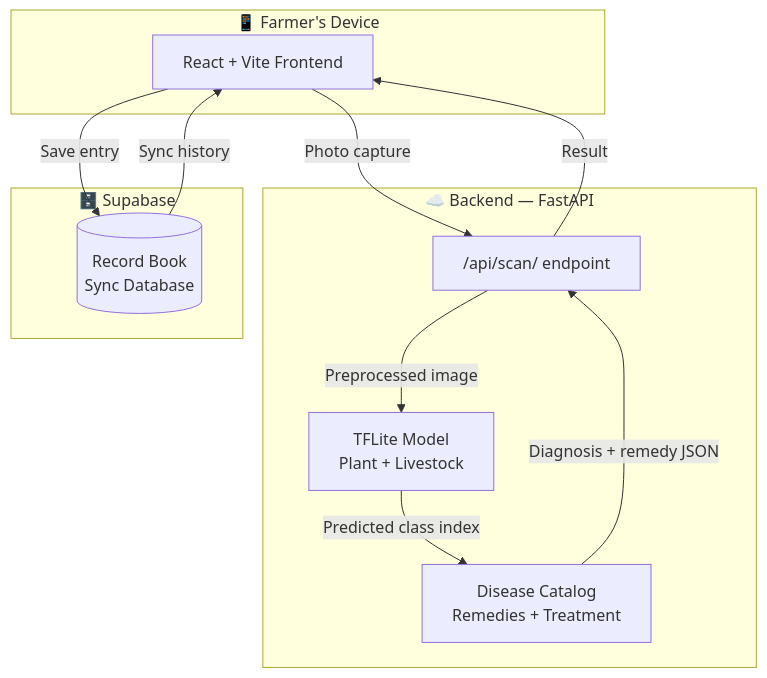
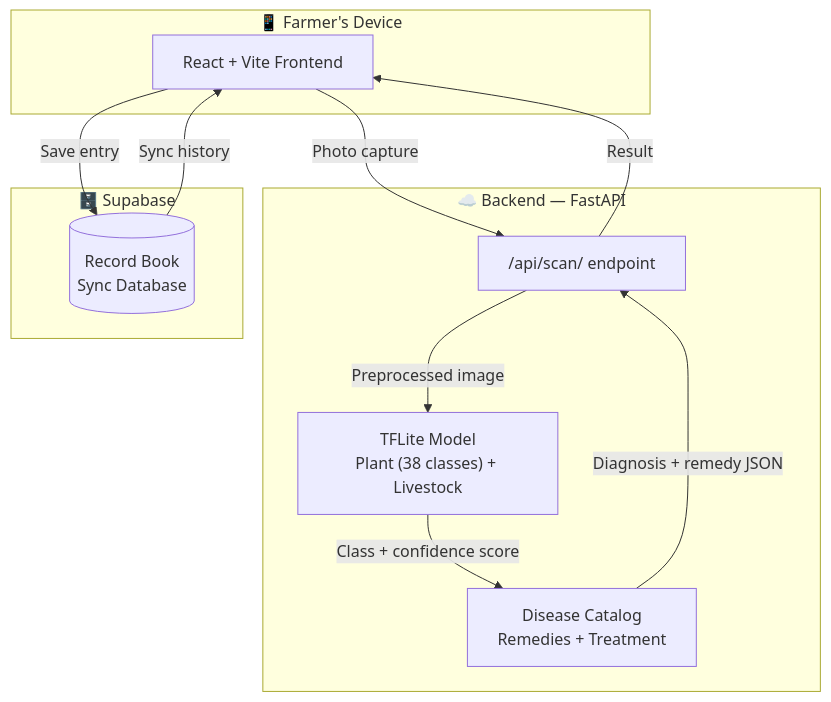
The first of 2 diagrams in README.md (nilkumarbhadani/-dr-farmer-frontend), drawn with Mermaid before and after one commit. The commit also changed other lines of this file, not shown here.

````diff
--- a/README.md
+++ b/README.md
@@ -64,24 +137,24 @@
 ```mermaid
 flowchart TB
     subgraph Client["📱 Farmer's Device"]
         UI[React + Vite Frontend]
     end
 
     subgraph Server["☁️ Backend — FastAPI"]
         API["/api/scan/ endpoint"]
-        Model["TFLite Model<br/>Plant + Livestock"]
+        Model["TFLite Model<br/>Plant (38 classes) + Livestock"]
         Catalog["Disease Catalog<br/>Remedies + Treatment"]
     end
 
     subgraph Cloud["🗄️ Supabase"]
         DB[(Record Book<br/>Sync Database)]
     end
 
     UI -- "Photo capture" --> API
     API -- "Preprocessed image" --> Model
-    Model -- "Predicted class index" --> Catalog
+    Model -- "Class + confidence score" --> Catalog
     Catalog -- "Diagnosis + remedy JSON" --> API
     API -- "Result" --> UI
     UI -- "Save entry" --> DB
     DB -- "Sync history" --> UI
 ```
````
